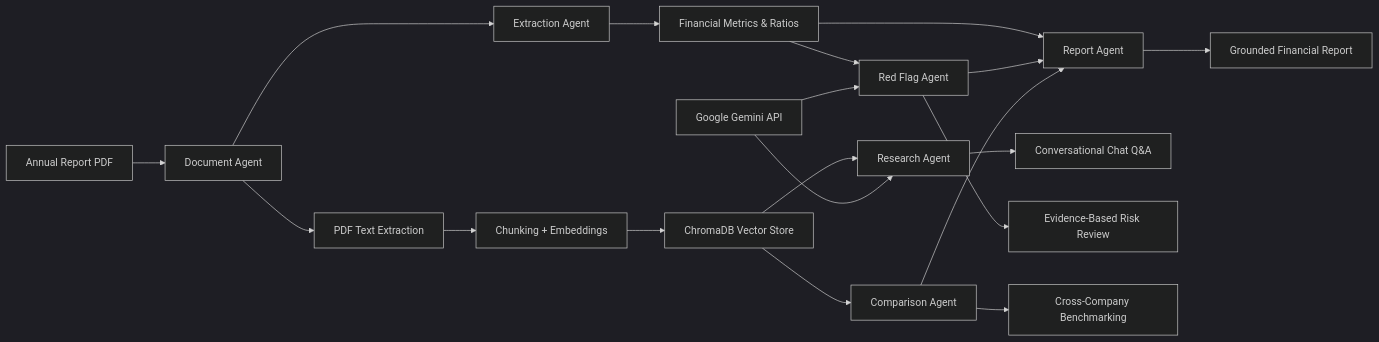
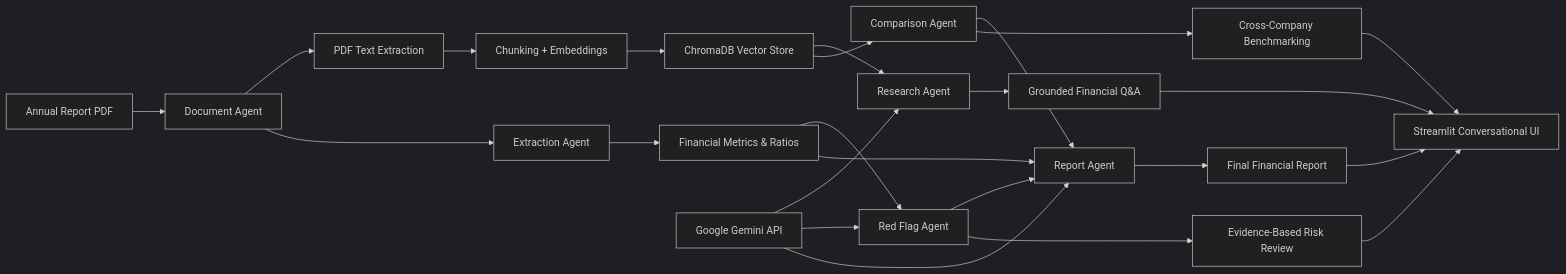
Before and after one commit to Sp-4030/Financial_Multi_Agent: the diagram in README.md, drawn with Mermaid (dark theme). The commit also changed other lines of this file, not shown here.

Commit message:
Update Mermaid and Architecture diagrams with Google Gemini API and Streamlit UI flow

````diff
--- a/README.md
+++ b/README.md
@@ -21,25 +21,31 @@
 ```mermaid
 flowchart LR
     A[Annual Report PDF] --> B[Document Agent]
     B --> C[PDF Text Extraction]
     C --> D[Chunking + Embeddings]
     D --> E[ChromaDB Vector Store]
 
     B --> G[Extraction Agent]
     G --> H[Financial Metrics & Ratios]
     H --> I[Red Flag Agent]
 
     E --> F[Research Agent]
     E --> M[Comparison Agent]
     H --> N[Report Agent]
     I --> N
     M --> N
 
-    F --> J[Conversational Chat Q&A]
+    F --> J[Grounded Financial Q&A]
     I --> K[Evidence-Based Risk Review]
     M --> L[Cross-Company Benchmarking]
-    N --> P[Grounded Financial Report]
+    N --> R[Final Financial Report]
 
-    Q[Google Gemini API] --> F
-    Q --> I
+    J --> S[Streamlit Conversational UI]
+    K --> S
+    L --> S
+    R --> S
+
+    P[Google Gemini API] --> F
+    P --> I
+    P --> N
 ```
````
